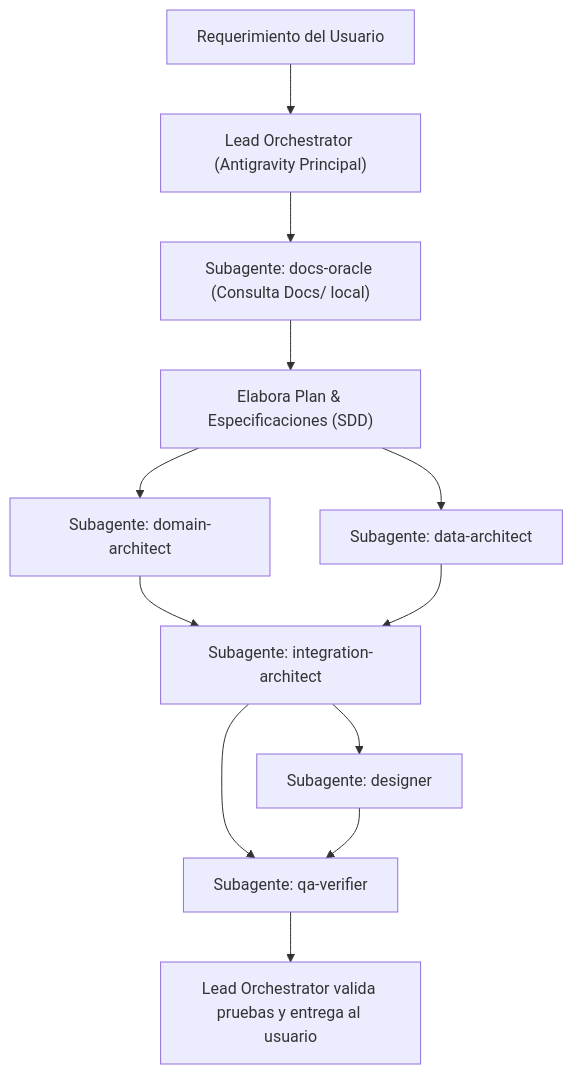
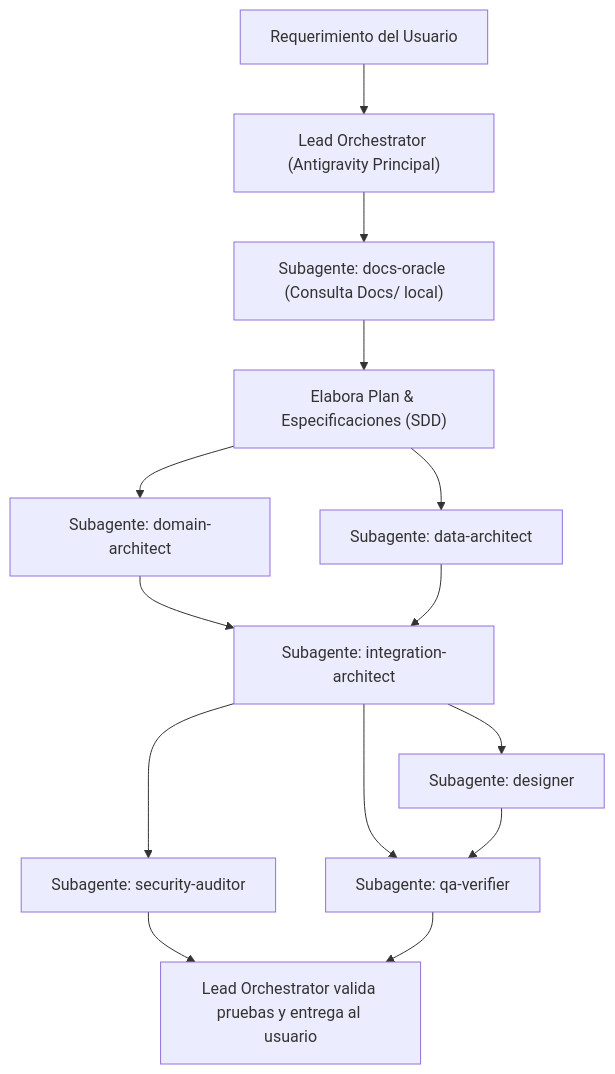
One commit to danieldiaz54/GNVManager changed the diagram in AGENTS.md. Above: the diagram before and after it, drawn with Mermaid. The commit also changed other lines of this file and 7 other files, not shown here.

Commit message:
feat(agentic-optimization): implement safety gate hooks, security auditor and contextual rules

````diff
--- a/AGENTS.md
+++ b/AGENTS.md
@@ -88,14 +95,16 @@
 ```mermaid
 flowchart TD
     User["Requerimiento del Usuario"] --> Orch["Lead Orchestrator (Antigravity Principal)"]
     Orch --> DocsOracle["Subagente: docs-oracle (Consulta Docs/ local)"]
     DocsOracle --> Plan["Elabora Plan & Especificaciones (SDD)"]
     Plan --> Domain["Subagente: domain-architect"]
     Plan --> Data["Subagente: data-architect"]
     Domain --> Integration["Subagente: integration-architect"]
     Data --> Integration
     Integration --> UI["Subagente: designer"]
     Integration --> QA["Subagente: qa-verifier"]
+    Integration --> Sec["Subagente: security-auditor"]
     UI --> QA
-    QA --> Review["Lead Orchestrator valida pruebas y entrega al usuario"]
+    Sec --> Review["Lead Orchestrator valida pruebas y entrega al usuario"]
+    QA --> Review
 ```
````
